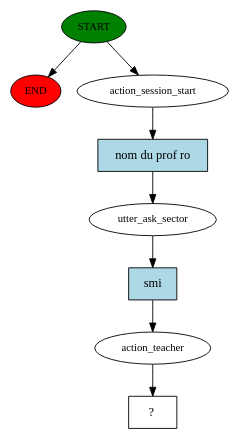
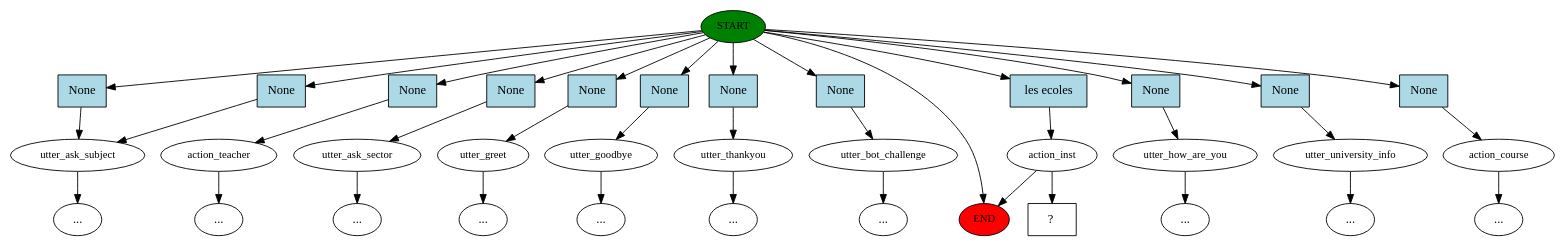
One commit to bilalltf/rasa-chatbot-student-assistant changed the diagram in story_graph.dot. Above: the diagram before and after it, drawn with Graphviz. The commit also changed 16 other files, not shown here.

```diff
--- a/story_graph.dot
+++ b/story_graph.dot
@@ -1,17 +1,75 @@
 digraph  {
 0 [class="start active", fillcolor=green, fontsize=12, label=START, style=filled];
 "-1" [class=end, fillcolor=red, fontsize=12, label=END, style=filled];
-1 [class=active, fontsize=12, label=action_session_start];
-2 [class=active, fontsize=12, label=utter_ask_sector];
-3 [class=active, fontsize=12, label=action_teacher];
-4 [class="intent dashed active", label="  ?  ", shape=rect];
-5 [class="intent active", fillcolor=lightblue, label="nom du prof ro", shape=rect, style=filled];
-6 [class="intent active", fillcolor=lightblue, label=smi, shape=rect, style=filled];
+1 [class="", fontsize=12, label=utter_ask_subject];
+3 [class="", fontsize=12, label=action_teacher];
+"-5" [class=ellipsis, label="..."];
+4 [class="", fontsize=12, label=utter_ask_sector];
+"-6" [class=ellipsis, label="..."];
+"-8" [class=ellipsis, label="..."];
+7 [class="", fontsize=12, label=utter_greet];
+"-9" [class=ellipsis, label="..."];
+8 [class="", fontsize=12, label=utter_goodbye];
+"-10" [class=ellipsis, label="..."];
+9 [class="", fontsize=12, label=utter_thankyou];
+"-11" [class=ellipsis, label="..."];
+10 [class="", fontsize=12, label=utter_bot_challenge];
+"-12" [class=ellipsis, label="..."];
+11 [class="", fontsize=12, label=utter_how_are_you];
+"-13" [class=ellipsis, label="..."];
+12 [class="", fontsize=12, label=utter_university_info];
+"-14" [class=ellipsis, label="..."];
+13 [class=active, fontsize=12, label=action_inst];
+14 [class="", fontsize=12, label=action_course];
+"-15" [class=ellipsis, label="..."];
+19 [class="intent dashed active", label="  ?  ", shape=rect];
+20 [class=intent, fillcolor=lightblue, label=None, shape=rect, style=filled];
+21 [class=intent, fillcolor=lightblue, label=None, shape=rect, style=filled];
+22 [class=intent, fillcolor=lightblue, label=None, shape=rect, style=filled];
+23 [class=intent, fillcolor=lightblue, label=None, shape=rect, style=filled];
+24 [class=intent, fillcolor=lightblue, label=None, shape=rect, style=filled];
+25 [class=intent, fillcolor=lightblue, label=None, shape=rect, style=filled];
+26 [class=intent, fillcolor=lightblue, label=None, shape=rect, style=filled];
+27 [class=intent, fillcolor=lightblue, label=None, shape=rect, style=filled];
+28 [class=intent, fillcolor=lightblue, label=None, shape=rect, style=filled];
+29 [class=intent, fillcolor=lightblue, label=None, shape=rect, style=filled];
+30 [class="intent active", fillcolor=lightblue, label="les ecoles", shape=rect, style=filled];
+31 [class=intent, fillcolor=lightblue, label=None, shape=rect, style=filled];
 0 -> "-1"  [class="", key=NONE, label=""];
-0 -> 1  [class=active, key=NONE, label=""];
-1 -> 5  [class=active, key=0];
-2 -> 6  [class=active, key=0];
-3 -> 4  [class=active, key=NONE, label=""];
-5 -> 2  [class=active, key=0];
-6 -> 3  [class=active, key=0];
+0 -> 20  [class="", key=0];
+0 -> 21  [class="", key=0];
+0 -> 22  [class="", key=0];
+0 -> 23  [class="", key=0];
+0 -> 24  [class="", key=0];
+0 -> 25  [class="", key=0];
+0 -> 26  [class="", key=0];
+0 -> 27  [class="", key=0];
+0 -> 28  [class="", key=0];
+0 -> 29  [class="", key=0];
+0 -> 30  [class=active, key=0];
+0 -> 31  [class="", key=0];
+1 -> "-8"  [class="", key=NONE, label=""];
+3 -> "-5"  [class="", key=NONE, label=""];
+4 -> "-6"  [class="", key=NONE, label=""];
+7 -> "-9"  [class="", key=NONE, label=""];
+8 -> "-10"  [class="", key=NONE, label=""];
+9 -> "-11"  [class="", key=NONE, label=""];
+10 -> "-12"  [class="", key=NONE, label=""];
+11 -> "-13"  [class="", key=NONE, label=""];
+12 -> "-14"  [class="", key=NONE, label=""];
+13 -> "-1"  [class="", key=NONE, label=""];
+13 -> 19  [class=active, key=NONE, label=""];
+14 -> "-15"  [class="", key=NONE, label=""];
+20 -> 1  [class="", key=0];
+21 -> 1  [class="", key=0];
+22 -> 3  [class="", key=0];
+23 -> 4  [class="", key=0];
+24 -> 7  [class="", key=0];
+25 -> 8  [class="", key=0];
+26 -> 9  [class="", key=0];
+27 -> 10  [class="", key=0];
+28 -> 11  [class="", key=0];
+29 -> 12  [class="", key=0];
+30 -> 13  [class=active, key=0];
+31 -> 14  [class="", key=0];
 }
```
